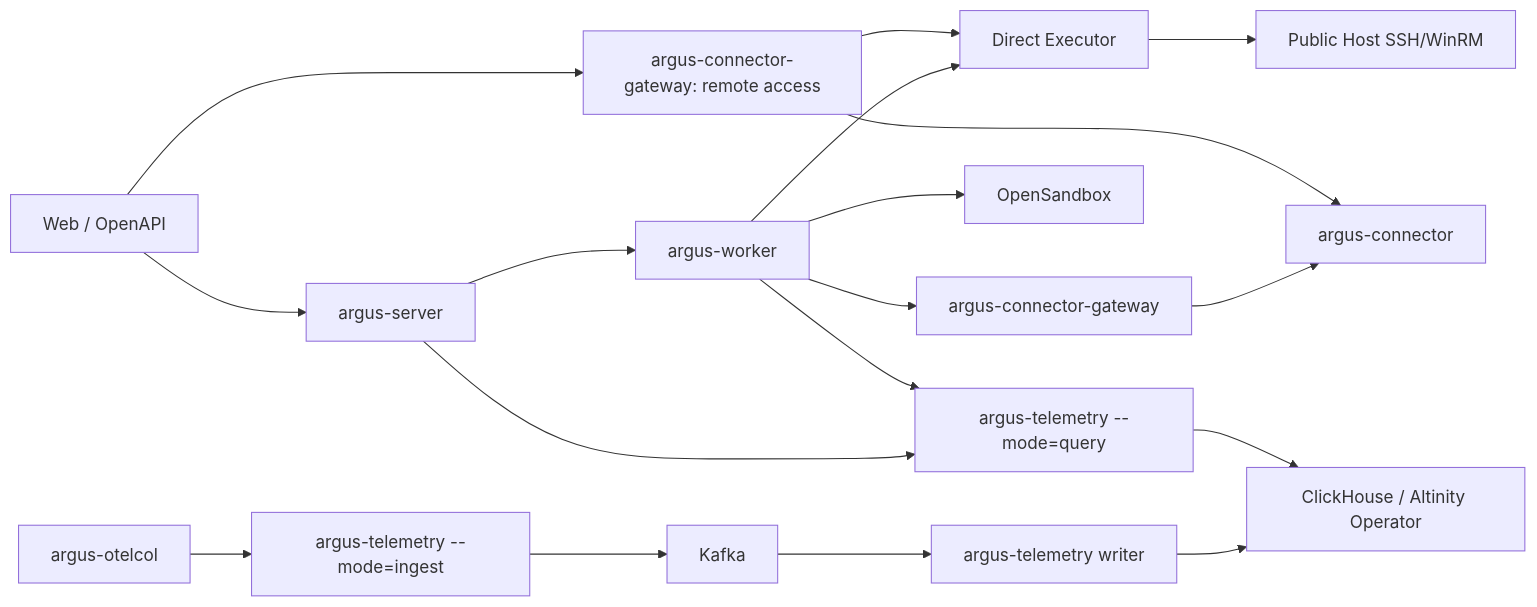
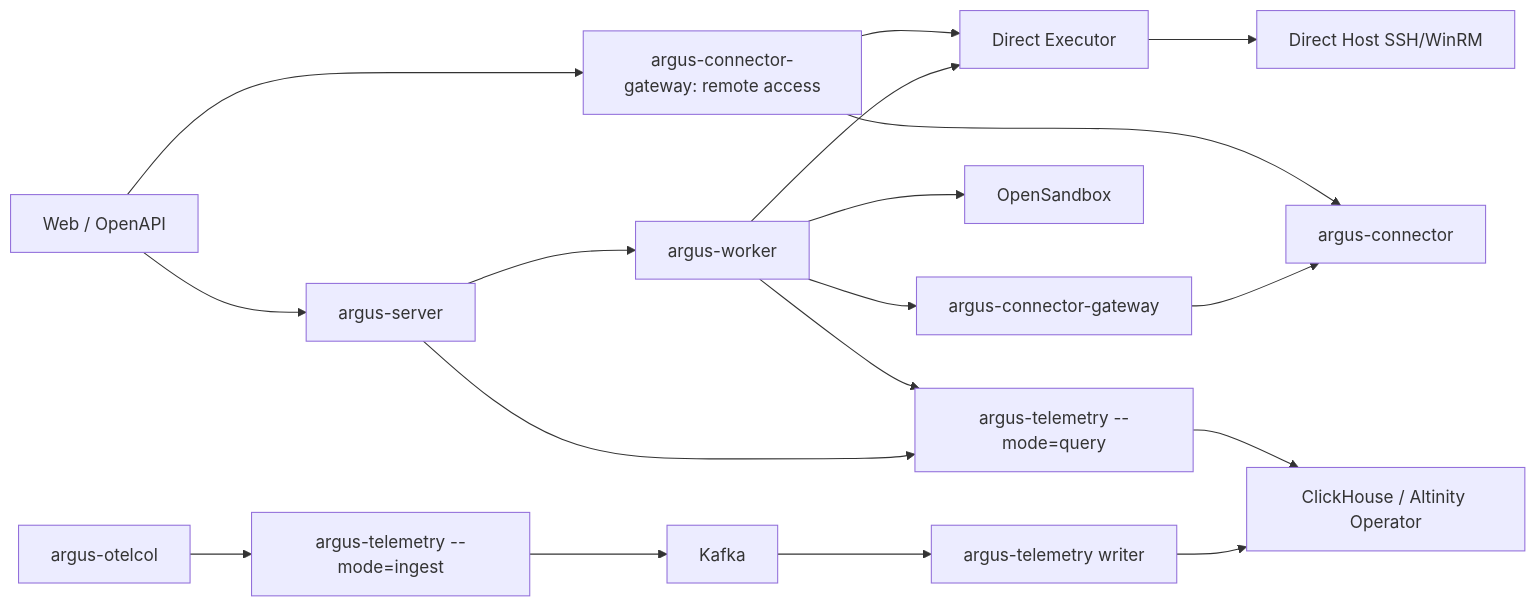
Before and after one commit to kakj-go/Argus: the first of 3 diagrams in docs/01-product-and-architecture.md, drawn with Mermaid. The commit also changed other lines of this file and 335 other files, not shown here.

````diff
--- a/docs/01-product-and-architecture.md
+++ b/docs/01-product-and-architecture.md
@@ -64,22 +64,22 @@
 ```mermaid
 flowchart LR
     Web["Web / OpenAPI"] --> Server["argus-server"]
     Server --> Worker["argus-worker"]
     Worker --> ConnectorGateway["argus-connector-gateway"]
     ConnectorGateway --> Connector["argus-connector"]
     Web --> RemoteGateway["argus-connector-gateway: remote access"]
     RemoteGateway --> Connector
     Worker --> DirectExecutor["Direct Executor"]
     RemoteGateway --> DirectExecutor
-    DirectExecutor --> PublicHost["Public Host SSH/WinRM"]
+    DirectExecutor --> DirectHost["Direct Host SSH/WinRM"]
     Worker --> Sandbox["OpenSandbox"]
 
     Collector["argus-otelcol"] --> Ingest["argus-telemetry --mode=ingest"]
     Ingest --> Kafka["Kafka"]
     Kafka --> Writer["argus-telemetry writer"]
     Writer --> ClickHouse["ClickHouse / Altinity Operator"]
 
     Server --> Query["argus-telemetry --mode=query"]
     Worker --> Query
     Query --> ClickHouse
 ```
````
